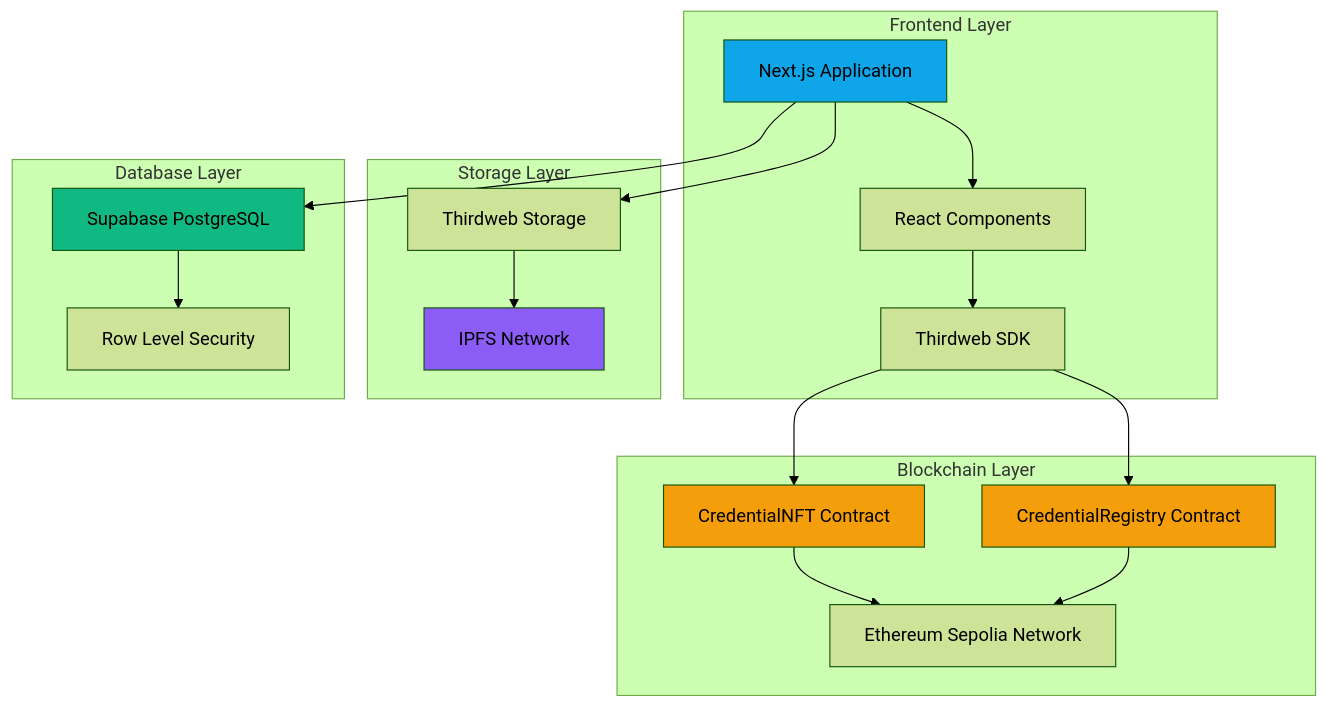
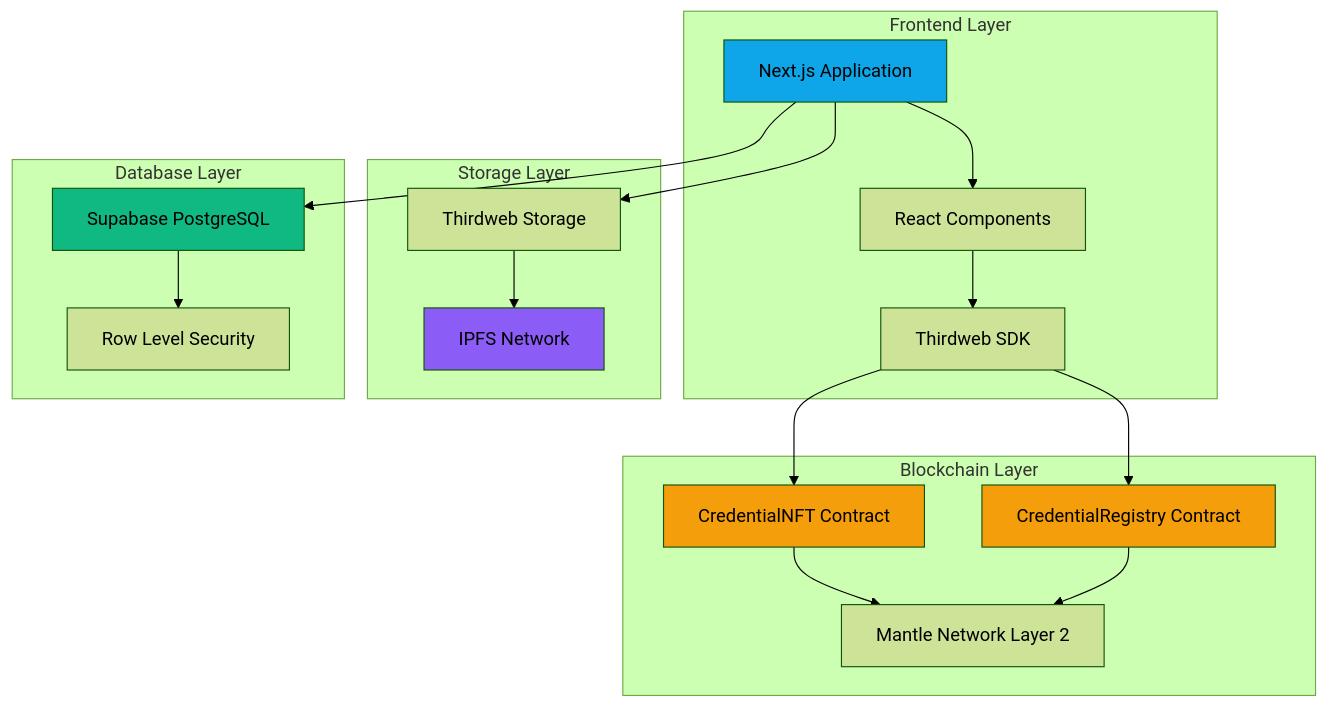
The first of 3 diagrams in README.md (soumen0818/ACREDIA---Blockchain-Academic-Credential-System-in-Mantle-network), drawn with Mermaid (forest theme) before and after one commit. The commit also changed other lines of this file, not shown here.

Commit message:
Update README.md to reflect integration with Mantle Network and enhance project details

````diff
--- a/README.md
+++ b/README.md
@@ -215,41 +360,41 @@
 ```mermaid
 graph TB
     subgraph "Frontend Layer"
         A[Next.js Application]
         B[React Components]
         C[Thirdweb SDK]
     end
-    
+
     subgraph "Blockchain Layer"
         D[CredentialNFT Contract]
         E[CredentialRegistry Contract]
-        F[Ethereum Sepolia Network]
+        F[Mantle Network Layer 2]
     end
-    
+
     subgraph "Storage Layer"
         G[IPFS Network]
         H[Thirdweb Storage]
     end
-    
+
     subgraph "Database Layer"
         I[Supabase PostgreSQL]
         J[Row Level Security]
     end
-    
+
     A --> B
     B --> C
     C --> D
     C --> E
     D --> F
     E --> F
     A --> H
     H --> G
     A --> I
     I --> J
-    
+
     style A fill:#0ea5e9
     style D fill:#f59e0b
     style E fill:#f59e0b
     style G fill:#8b5cf6
     style I fill:#10b981
 ```
````
